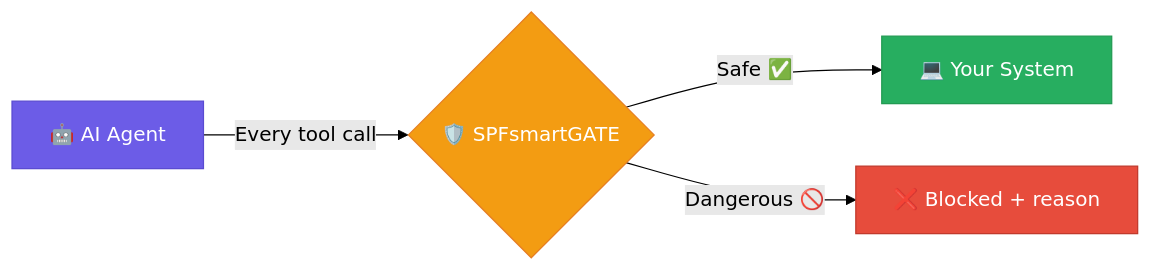
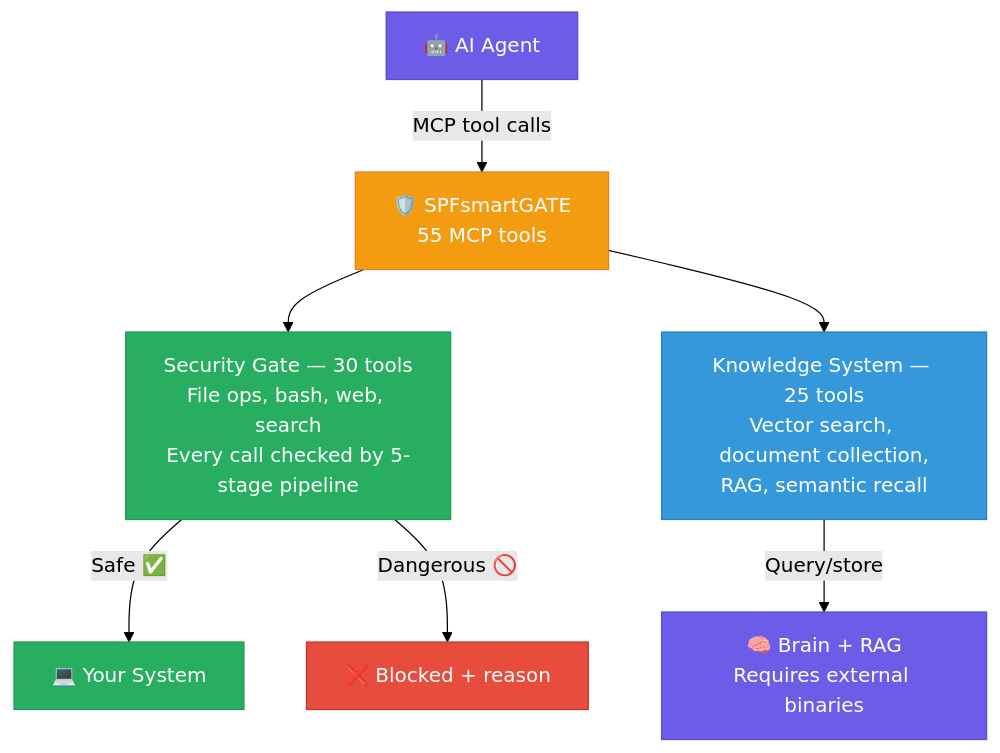
One commit to mvalancy/SPFsmartGATE changed the first of 3 diagrams in README.md. Above: the diagram before and after it, drawn with Mermaid (forest theme). The commit also changed other lines of this file, not shown here.

Commit message:
Reframe project as security gate + knowledge management
25 of 55 MCP tools are Brain/RAG knowledge management — gate-only
framing was misleading about the project's broader objectives.

````diff
--- a/README.md
+++ b/README.md
@@ -23,11 +23,19 @@
 ```mermaid
-graph LR
-    A["🤖 AI Agent"] -->|Every tool call| B{"🛡️ SPFsmartGATE"}
-    B -->|"Safe ✅"| C["💻 Your System"]
-    B -->|"Dangerous 🚫"| D["❌ Blocked + reason"]
+graph TD
+    AI["🤖 AI Agent"] -->|"MCP tool calls"| SPF["🛡️ SPFsmartGATE<br/>55 MCP tools"]
 
-    style A fill:#6C5CE7,stroke:#5A4BD1,color:#fff
-    style B fill:#F39C12,stroke:#E67E22,color:#fff
-    style C fill:#27AE60,stroke:#219A52,color:#fff
-    style D fill:#E74C3C,stroke:#C0392B,color:#fff
+    SPF --> GATE["Security Gate — 30 tools<br/>File ops, bash, web, search<br/>Every call checked by 5-stage pipeline"]
+    SPF --> KNOW["Knowledge System — 25 tools<br/>Vector search, document collection,<br/>RAG, semantic recall"]
+
+    GATE -->|"Safe ✅"| SYS["💻 Your System"]
+    GATE -->|"Dangerous 🚫"| BLOCK["❌ Blocked + reason"]
+    KNOW -->|"Query/store"| BRAIN["🧠 Brain + RAG<br/>Requires external binaries"]
+
+    style AI fill:#6C5CE7,stroke:#5A4BD1,color:#fff
+    style SPF fill:#F39C12,stroke:#E67E22,color:#fff
+    style GATE fill:#27AE60,stroke:#219A52,color:#fff
+    style KNOW fill:#3498DB,stroke:#2980B9,color:#fff
+    style SYS fill:#27AE60,stroke:#219A52,color:#fff
+    style BLOCK fill:#E74C3C,stroke:#C0392B,color:#fff
+    style BRAIN fill:#6C5CE7,stroke:#5A4BD1,color:#fff
 ```
````
